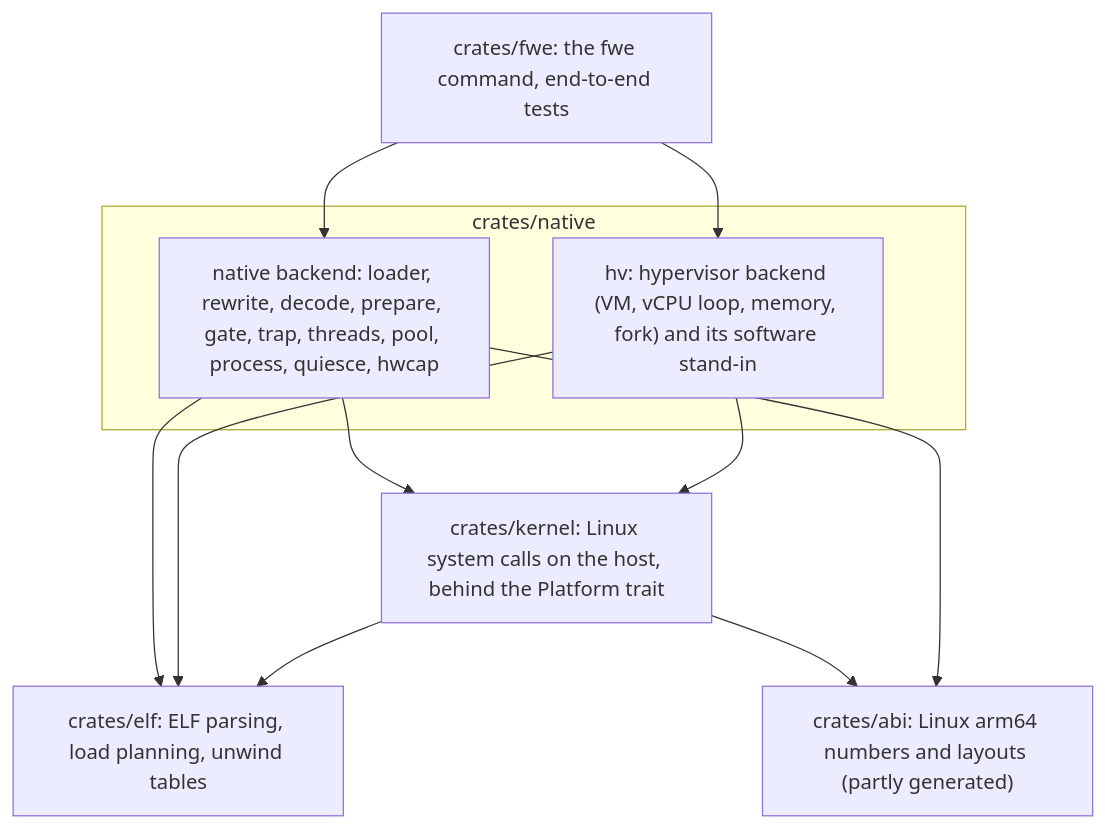
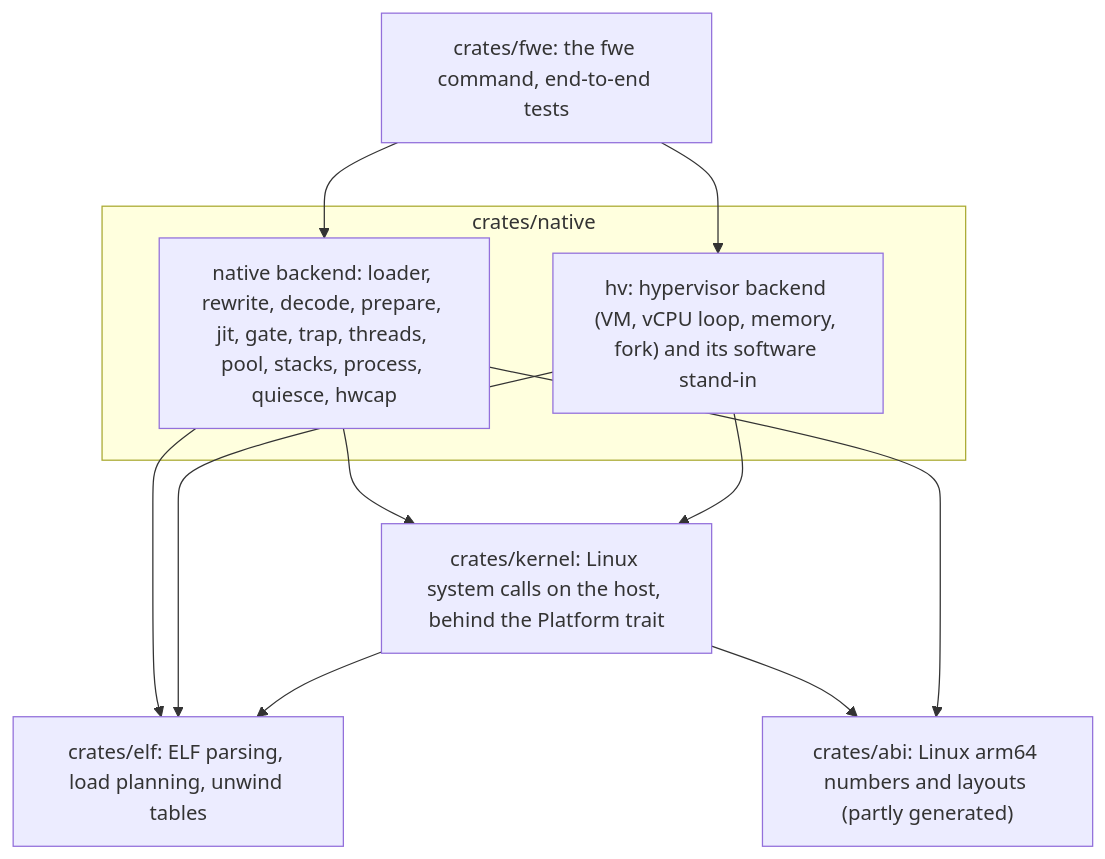
One commit to e6qu/fun-with-emulators changed the diagram in docs/architecture.md. Above: the diagram before and after it, drawn with Mermaid. The commit also changed other lines of this file and 134 other files, not shown here.

````diff
--- a/docs/architecture.md
+++ b/docs/architecture.md
@@ -25,20 +26,20 @@
 ```mermaid
 flowchart TD
     fwe["crates/fwe: the fwe command, end-to-end tests"]
     subgraph native["crates/native"]
-        nb["native backend: loader, rewrite, decode, prepare, gate, trap, threads, pool, process, quiesce, hwcap"]
+        nb["native backend: loader, rewrite, decode, prepare, jit, gate, trap, threads, pool, stacks, process, quiesce, hwcap"]
         hv["hv: hypervisor backend (VM, vCPU loop, memory, fork) and its software stand-in"]
     end
     kernel["crates/kernel: Linux system calls on the host, behind the Platform trait"]
     elf["crates/elf: ELF parsing, load planning, unwind tables"]
     abi["crates/abi: Linux arm64 numbers and layouts (partly generated)"]
     fwe --> nb
     fwe --> hv
     nb --> kernel
     hv --> kernel
     nb --> elf
     hv --> elf
     kernel --> elf
     kernel --> abi
     nb --> abi
 ```
````
